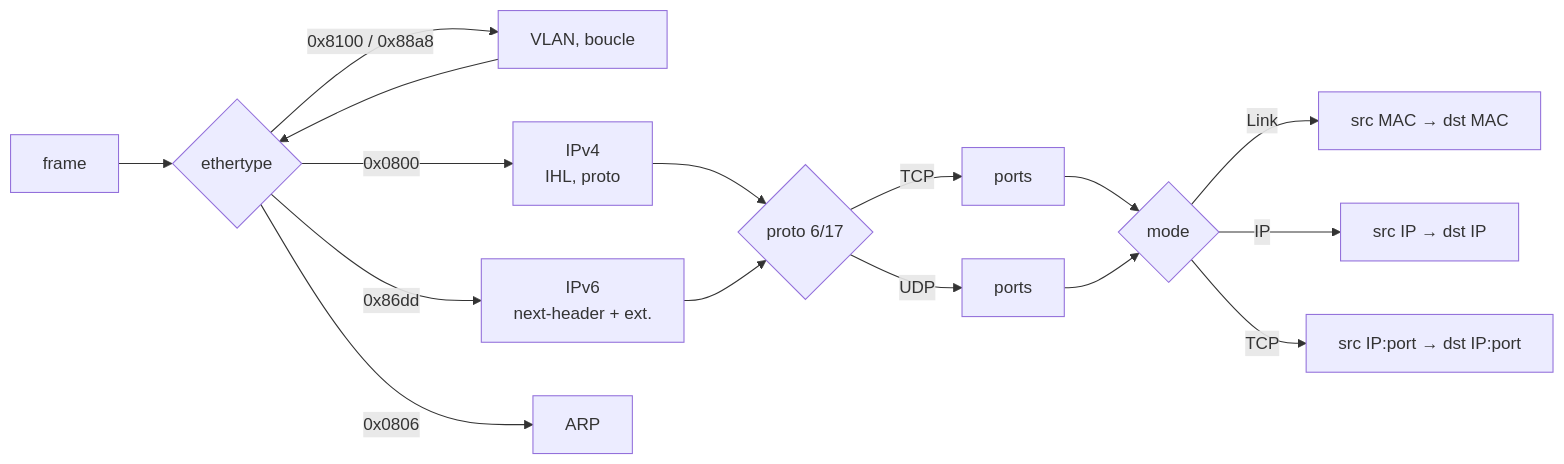
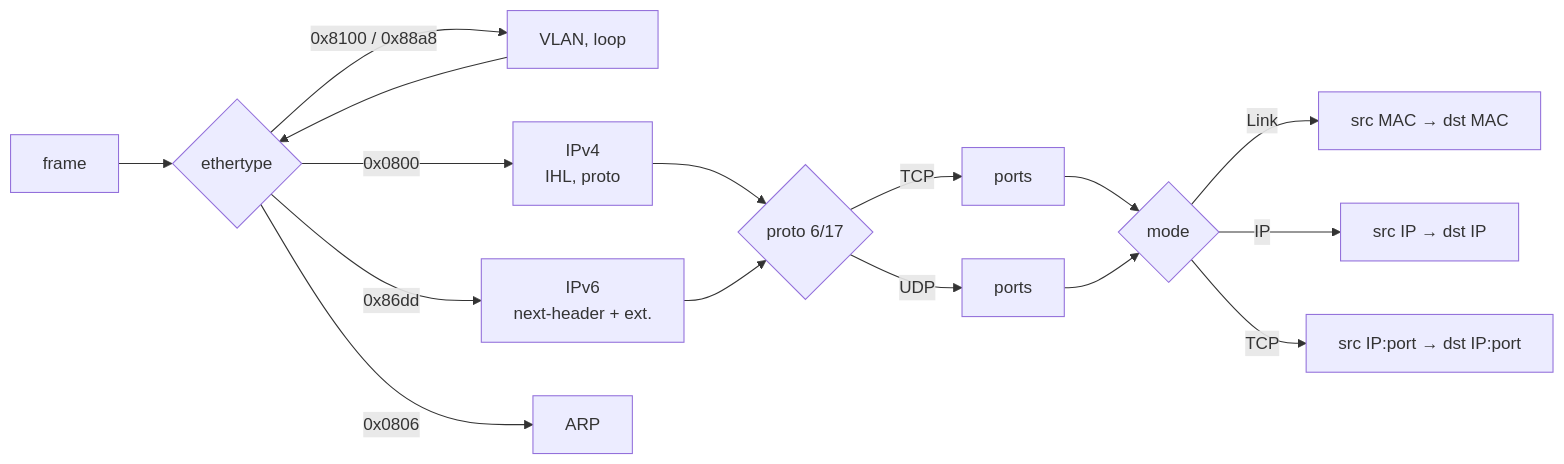
One commit to zx97/etherape2026 changed the second of 3 diagrams in docs/ARCHITECTURE.md. Above: the diagram before and after it, drawn with Mermaid. The commit also changed other lines of this file and 14 other files, not shown here.

````diff
--- a/docs/ARCHITECTURE.md
+++ b/docs/ARCHITECTURE.md
@@ -43,18 +43,18 @@
 ```mermaid
 flowchart LR
     F[frame] --> E{ethertype}
-    E -->|0x8100 / 0x88a8| V[VLAN, boucle]
+    E -->|0x8100 / 0x88a8| V[VLAN, loop]
     V --> E
     E -->|0x0800| V4[IPv4<br/>IHL, proto]
     E -->|0x86dd| V6[IPv6<br/>next-header + ext.]
     E -->|0x0806| ARP
     V4 --> L4{proto 6/17}
     V6 --> L4
     L4 -->|TCP| T[ports]
     L4 -->|UDP| U[ports]
     T --> M{mode}
     U --> M
     M -->|Link| MAC[src MAC → dst MAC]
     M -->|IP| IP[src IP → dst IP]
     M -->|TCP| PORT[src IP:port → dst IP:port]
 ```
````
